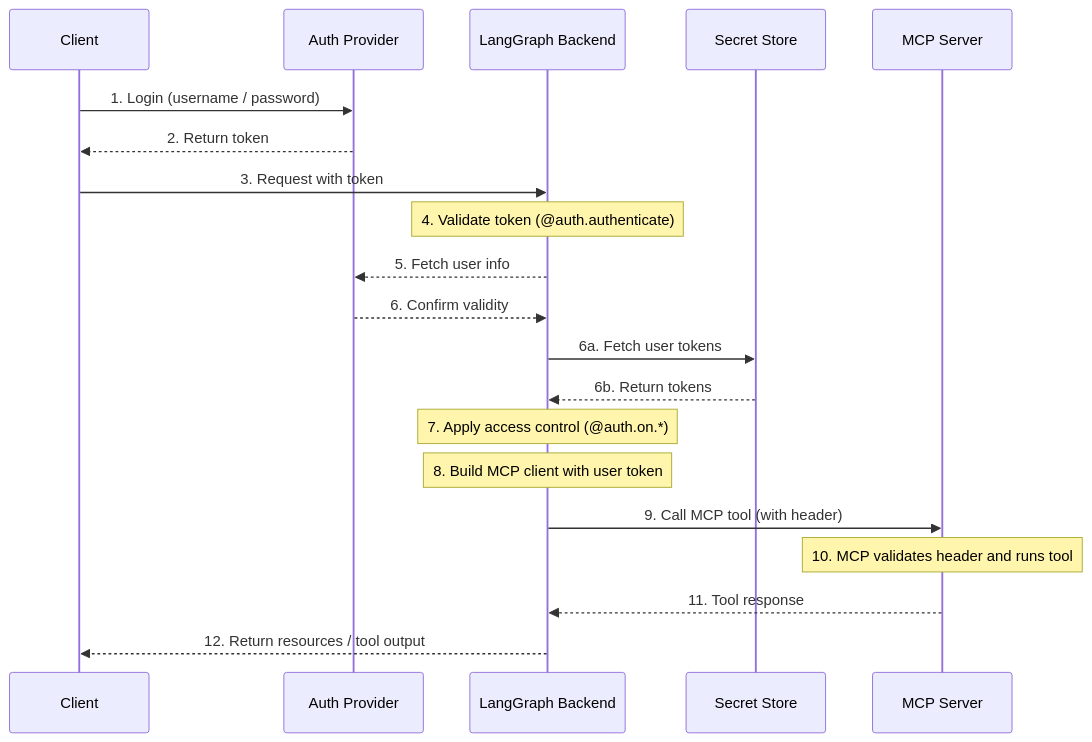
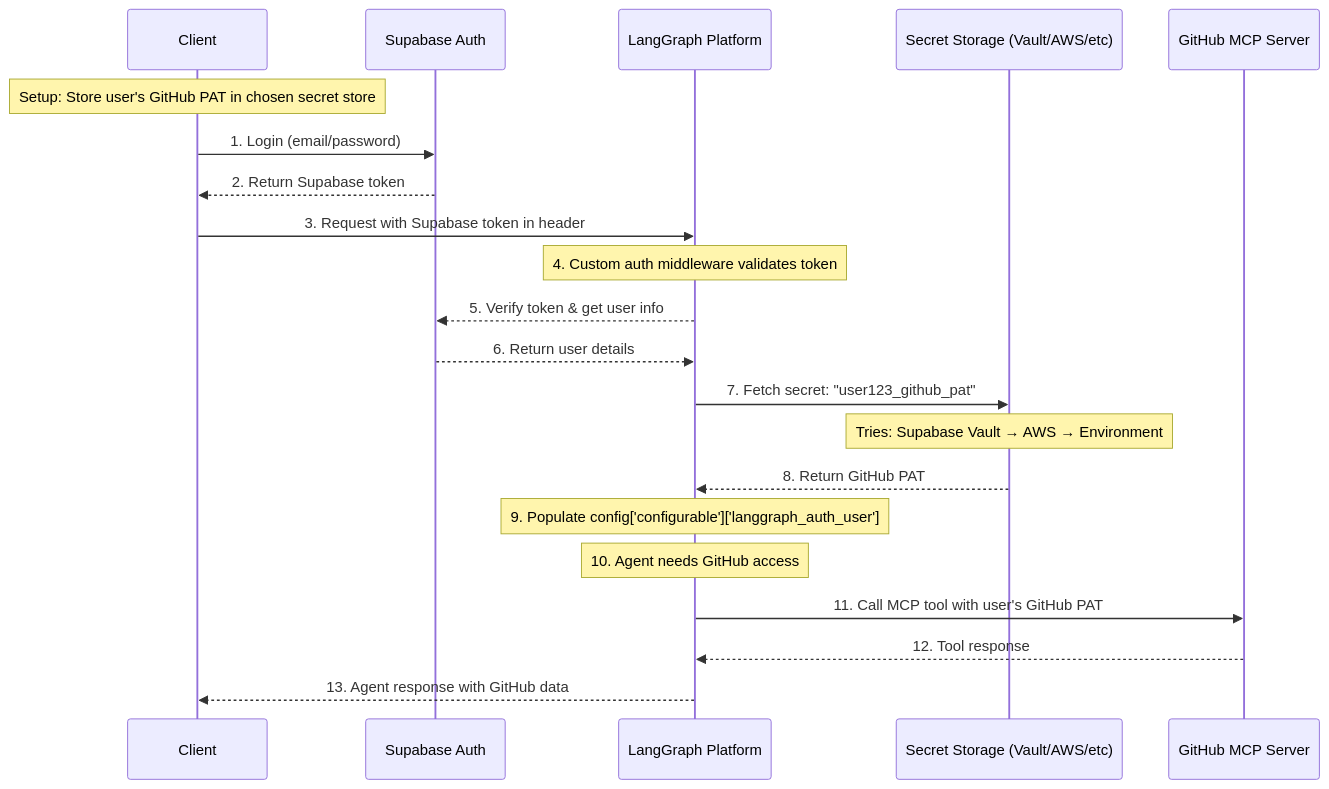
The diagram in README.md (langchain-samples/mcp-auth-demo), drawn with Mermaid before and after one commit. The commit also changed other lines of this file and 18 other files, not shown here.

Commit message:
updated to use supabase and supabase vault

````diff
--- a/README.md
+++ b/README.md
@@ -33,33 +19,36 @@
 ```mermaid
 sequenceDiagram
   %% Actors
   participant ClientApp as Client
-  participant AuthProv  as Auth Provider
-  participant LangGraph as LangGraph Backend
-  participant SecretStore as Secret Store
-  participant MCPServer as MCP Server
+  participant Supabase as Supabase Auth
+  participant LangGraph as LangGraph Platform
+  participant SecretStore as Secret Storage (Vault/AWS/etc)
+  participant MCPServer as GitHub MCP Server
 
-  %% Platform login / AuthN
-  ClientApp  ->> AuthProv: 1. Login (username / password)
-  AuthProv   -->> ClientApp: 2. Return token
-  ClientApp  ->> LangGraph: 3. Request with token
+  %% Initial setup
+  Note over ClientApp: Setup: Store user's GitHub PAT in chosen secret store
 
-  Note over LangGraph: 4. Validate token (@auth.authenticate)
-  LangGraph  -->> AuthProv: 5. Fetch user info
-  AuthProv   -->> LangGraph: 6. Confirm validity
+  %% Authentication flow
+  ClientApp  ->> Supabase: 1. Login (email/password)
+  Supabase   -->> ClientApp: 2. Return Supabase token
+  ClientApp  ->> LangGraph: 3. Request with Supabase token in header
 
-  %% Fetch user tokens from secret store
-  LangGraph  ->> SecretStore: 6a. Fetch user tokens
-  SecretStore -->> LangGraph: 6b. Return tokens
+  Note over LangGraph: 4. Custom auth middleware validates token
+  LangGraph  -->> Supabase: 5. Verify token & get user info
+  Supabase   -->> LangGraph: 6. Return user details
 
-  Note over LangGraph: 7. Apply access control (@auth.on.*)
+  %% Fetch GitHub token from flexible secret storage
+  LangGraph  ->> SecretStore: 7. Fetch secret: "user123_github_pat"
+  Note over SecretStore: Tries: Supabase Vault → AWS → Environment
+  SecretStore -->> LangGraph: 8. Return GitHub PAT
 
-  %% MCP round-trip
-  Note over LangGraph: 8. Build MCP client with user token
-  LangGraph  ->> MCPServer: 9. Call MCP tool (with header)
-  Note over MCPServer: 10. MCP validates header and runs tool
-  MCPServer  -->> LangGraph: 11. Tool response
+  Note over LangGraph: 9. Populate config['configurable']['langgraph_auth_user']
 
-  %% Return to caller
-  LangGraph  -->> ClientApp: 12. Return resources / tool output
+  %% Use GitHub MCP
+  Note over LangGraph: 10. Agent needs GitHub access
+  LangGraph  ->> MCPServer: 11. Call MCP tool with user's GitHub PAT
+  MCPServer  -->> LangGraph: 12. Tool response
+
+  %% Return to user
+  LangGraph  -->> ClientApp: 13. Agent response with GitHub data
 ```
````
